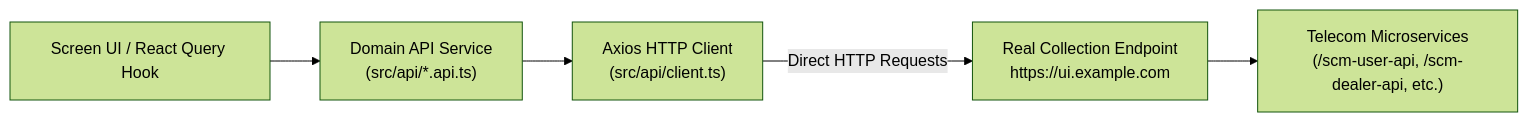
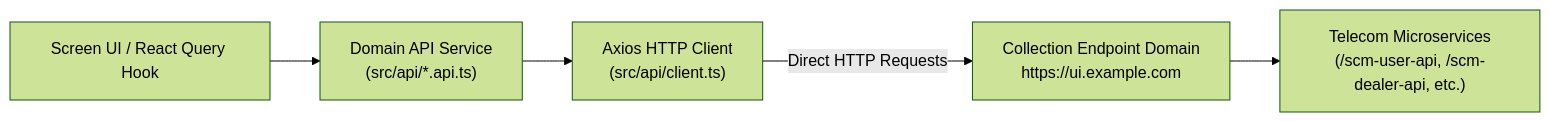
One commit to Adithyasai123/Scm changed the second of 4 diagrams in docs/architecture.md. Above: the diagram before and after it, drawn with Mermaid (forest theme). The commit also changed other lines of this file and 29 other files, not shown here.

````diff
--- a/docs/architecture.md
+++ b/docs/architecture.md
@@ -49,7 +49,7 @@
 ```mermaid
 flowchart LR
     A["Screen UI / React Query Hook"] --> B["Domain API Service<br/>(src/api/*.api.ts)"]
     B --> C["Axios HTTP Client<br/>(src/api/client.ts)"]
-    C -->|Direct HTTP Requests| D["Real Collection Endpoint<br/>https://ui.example.com"]
+    C -->|Direct HTTP Requests| D["Collection Endpoint Domain<br/>https://ui.example.com"]
     D --> E["Telecom Microservices<br/>(/scm-user-api, /scm-dealer-api, etc.)"]
 ```
````
